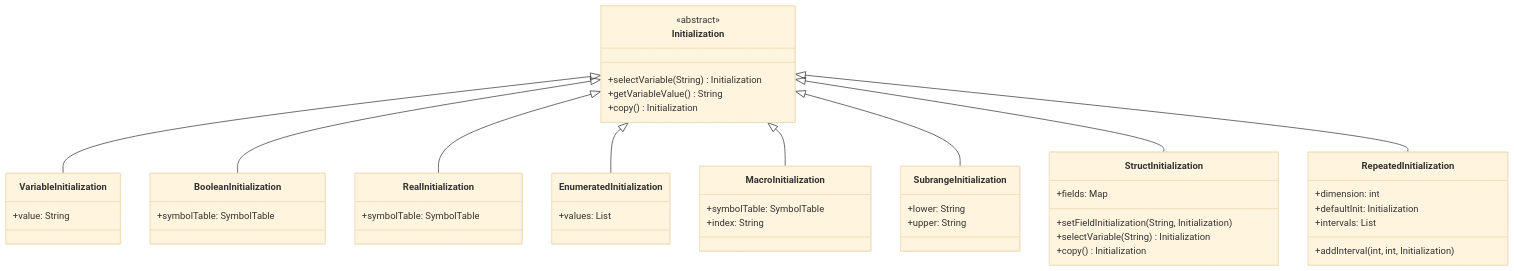
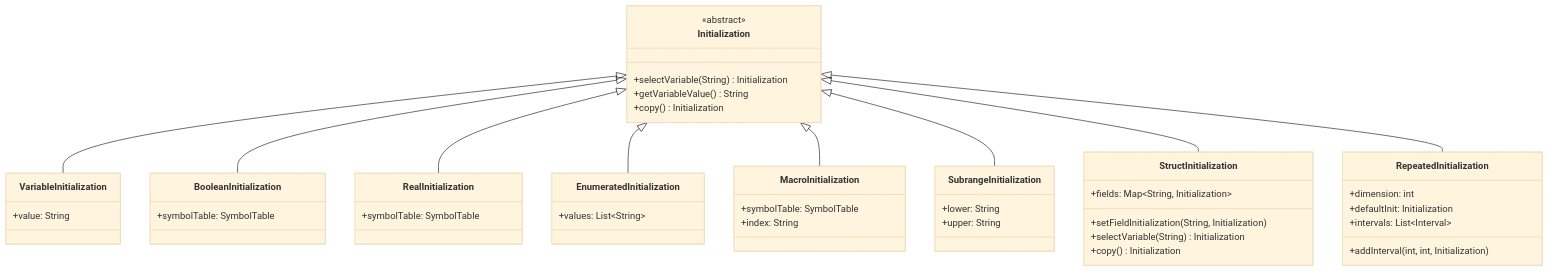
One commit to PascalUser/FLC-IEC61131-7 changed the third of 5 diagrams in doc/modules/parser.md. Above: the diagram before and after it, drawn with Mermaid (base theme). The commit also changed other lines of this file and 37 other files, not shown here.

Commit message:
Correcciones en el HARDNESS sobre los gráficos Mermaid

````diff
--- a/doc/modules/parser.md
+++ b/doc/modules/parser.md
@@ -272,49 +260,49 @@
 ```mermaid
 classDiagram
     class Initialization {
         <<abstract>>
         +selectVariable(String) Initialization
         +getVariableValue() String
         +copy() Initialization
     }
     class VariableInitialization {
         +value: String
     }
     class BooleanInitialization {
         +symbolTable: SymbolTable
     }
     class RealInitialization {
         +symbolTable: SymbolTable
     }
     class EnumeratedInitialization {
-        +values: List<String>
+        +values: List~String~
     }
     class MacroInitialization {
         +symbolTable: SymbolTable
         +index: String
     }
     class SubrangeInitialization {
         +lower: String
         +upper: String
     }
     class StructInitialization {
-        +fields: Map<String, Initialization>
+        +fields: Map~String, Initialization~
         +setFieldInitialization(String, Initialization)
         +selectVariable(String) Initialization
         +copy() Initialization
     }
     class RepeatedInitialization {
         +dimension: int
         +defaultInit: Initialization
-        +intervals: List<Interval>
+        +intervals: List~Interval~
         +addInterval(int, int, Initialization)
     }
     Initialization <|-- VariableInitialization
     Initialization <|-- BooleanInitialization
     Initialization <|-- RealInitialization
     Initialization <|-- EnumeratedInitialization
     Initialization <|-- MacroInitialization
     Initialization <|-- SubrangeInitialization
     Initialization <|-- StructInitialization
     Initialization <|-- RepeatedInitialization
 ```
````
